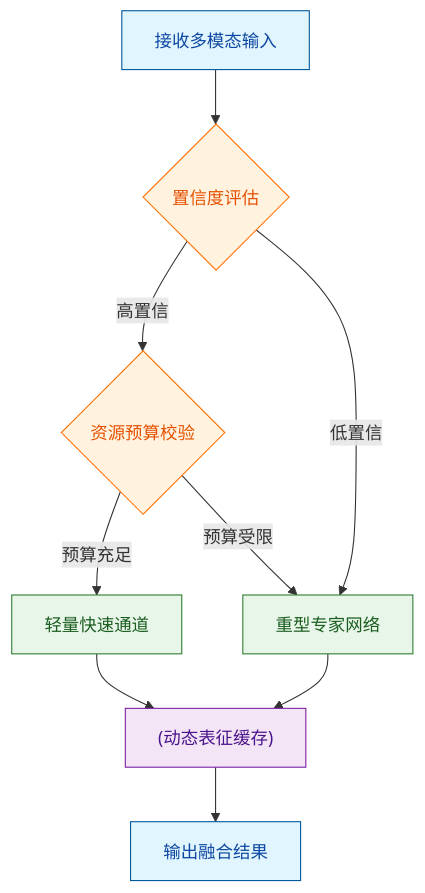
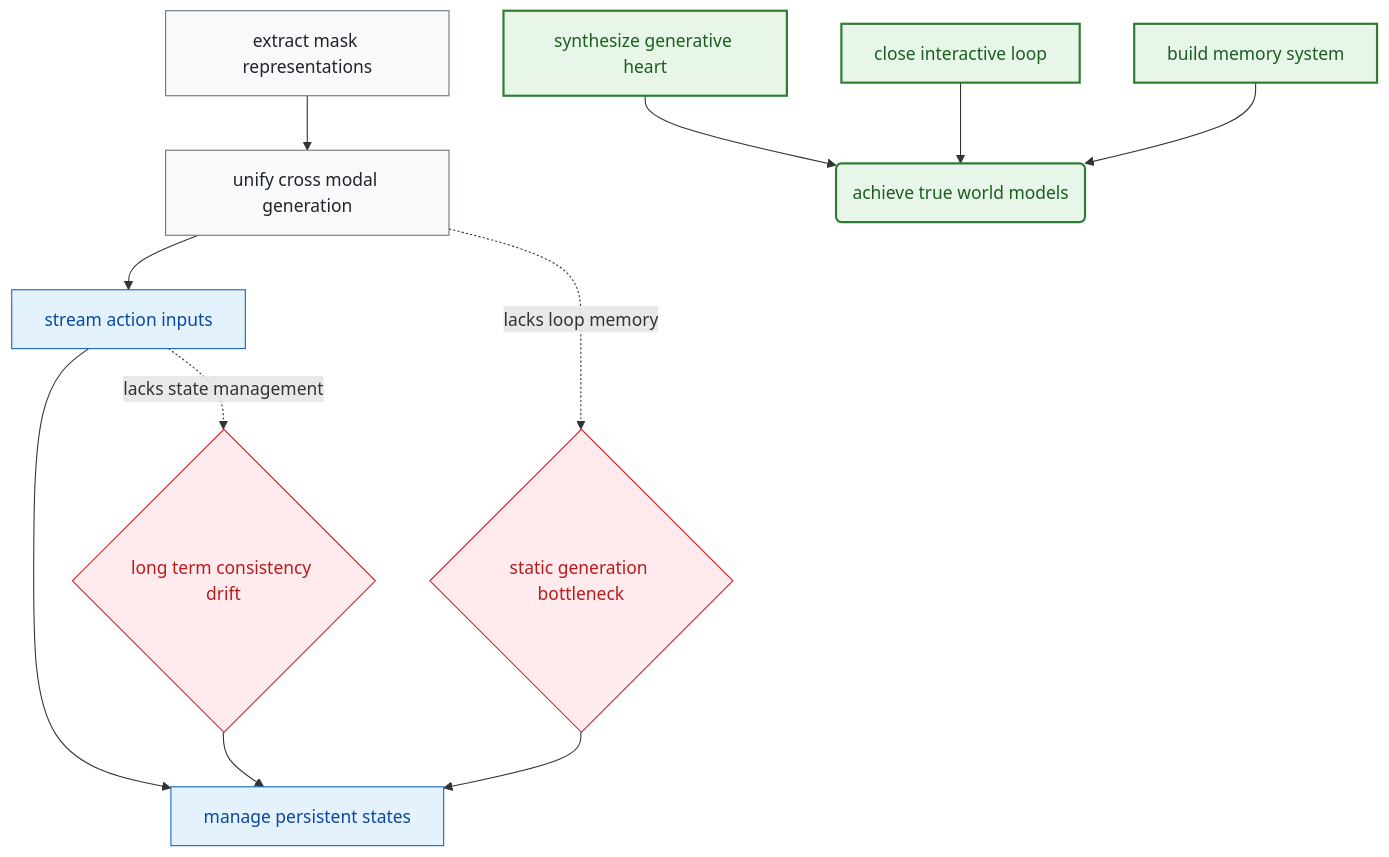
One commit to ShinewineW/paper-rolling changed the tenth of 10 diagrams in person_vault/2026-06-12_FromMasksToWorldsAHitchhikerSGuideToWorl_2510.20668/report.md. Above: the diagram before and after it, drawn with Mermaid. The commit also changed other lines of this file and 51 other files, not shown here.

````diff
--- a/person_vault/2026-06-12_FromMasksToWorldsAHitchhikerSGuideToWorl_2510.20668/report.md
+++ b/person_vault/2026-06-12_FromMasksToWorldsAHitchhikerSGuideToWorl_2510.20668/report.md
@@ -430,24 +569,21 @@
 ```mermaid
 flowchart TD
-  classDef start fill:#e1f5fe,color:#0d47a1,stroke:#01579b
-  classDef decision fill:#fff3e0,color:#e65100,stroke:#ff6f00
-  classDef process fill:#e8f5e9,color:#1b5e20,stroke:#2e7d32
-  classDef data fill:#f3e5f5,color:#4a148c,stroke:#7b1fa2
+    classDef stage fill:#f8f9fa,stroke:#6c757d,stroke-width:1px,color:#212529;
+    classDef adv fill:#e3f2fd,stroke:#1565c0,stroke-width:1px,color:#0d47a1;
+    classDef core fill:#e8f5e9,stroke:#2e7d32,stroke-width:2px,color:#1b5e20;
+    classDef risk fill:#ffebee,stroke:#c62828,stroke-width:1px,color:#b71c1c;
 
-  input_node["接收多模态输入"]:::start
-  conf_gate{置信度评估}:::decision
-  budget_gate{资源预算校验}:::decision
-  fast_path["轻量快速通道"]:::process
-  heavy_path["重型专家网络"]:::process
-  cache_store["(动态表征缓存)"]:::data
-  output_node["输出融合结果"]:::start
+    mask["extract mask representations"]:::stage --> unified["unify cross modal generation"]:::stage
+    unified --> interactive["stream action inputs"]:::adv
+    interactive --> memory["manage persistent states"]:::adv
 
-  input_node --> conf_gate
-  conf_gate -- 高置信 --> budget_gate
-  conf_gate -- 低置信 --> heavy_path
-  budget_gate -- 预算充足 --> fast_path
-  budget_gate -- 预算受限 --> heavy_path
-  fast_path --> cache_store
-  heavy_path --> cache_store
-  cache_store --> output_node
+    gen["synthesize generative heart"]:::core
+    loop["close interactive loop"]:::core
+    mem["build memory system"]:::core
+    gen & loop & mem --> true(achieve true world models):::core
+
+    unified -. lacks loop memory .-> gap1{static generation bottleneck}:::risk
+    interactive -. lacks state management .-> gap2{long term consistency drift}:::risk
+    gap1 --> memory
+    gap2 --> memory
 ```
````
